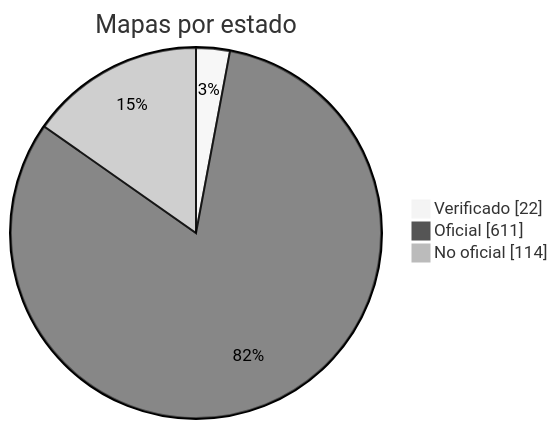
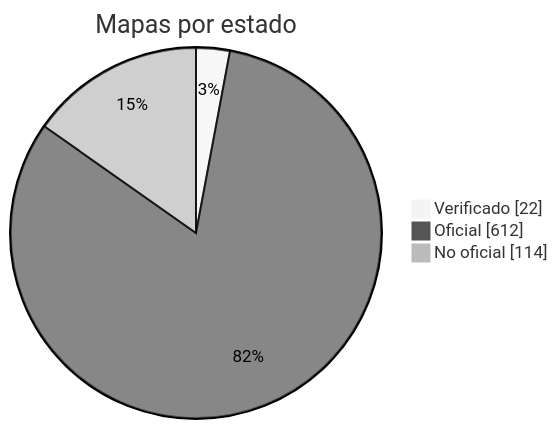
Before and after one commit to nobrega8/mbmap-library: the diagram in docs/readme/README_ES.md, drawn with Mermaid (neutral theme). The commit also changed 6 other files, not shown here.

````diff
--- a/docs/readme/README_ES.md
+++ b/docs/readme/README_ES.md
@@ -54,7 +54,7 @@
 ```mermaid
 pie showData
     title Mapas por estado
     "Verificado" : 22
-    "Oficial" : 611
+    "Oficial" : 612
     "No oficial" : 114
 ```
````
